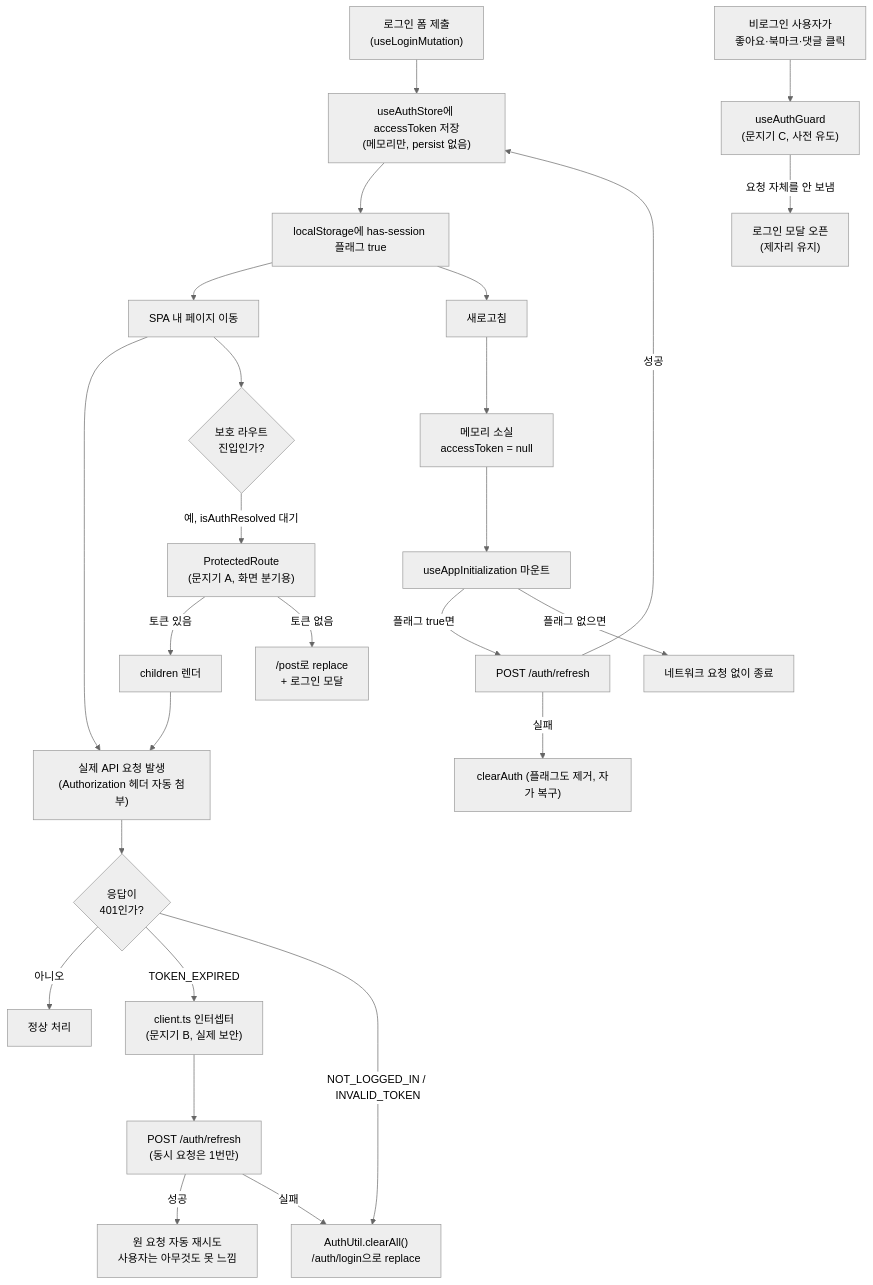
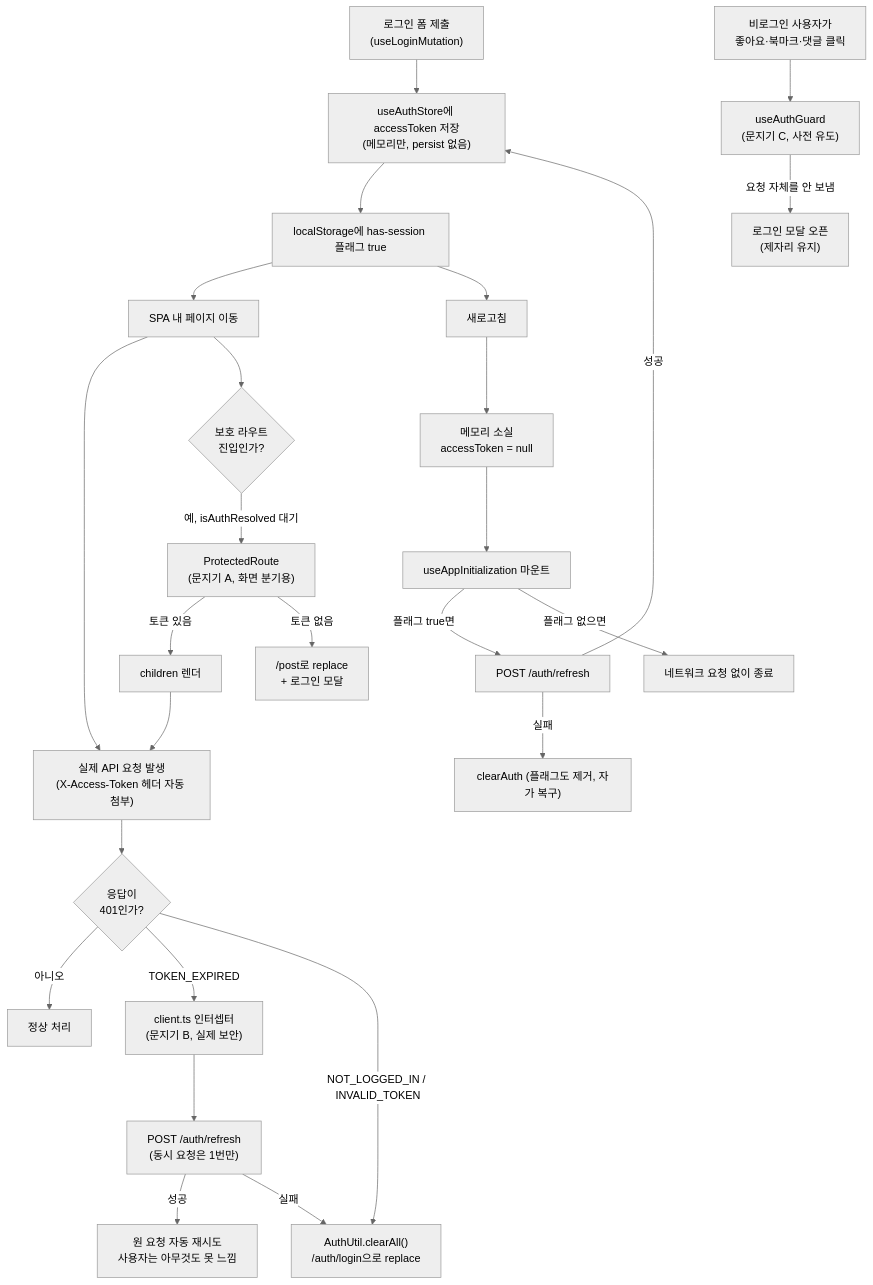
The diagram in docs/AUTH.md (BAECHAN/link-sphere_FE_NEW), drawn with Mermaid (neutral theme) before and after one commit. The commit also changed other lines of this file and 10 other files, not shown here.

````diff
--- a/docs/AUTH.md
+++ b/docs/AUTH.md
@@ -20,33 +20,33 @@
 ```mermaid
 flowchart TD
     Login["로그인 폼 제출<br/>(useLoginMutation)"] --> Store["useAuthStore에 accessToken 저장<br/>(메모리만, persist 없음)"]
     Store --> Flag["localStorage에 has-session 플래그 true"]
 
     Flag --> Nav["SPA 내 페이지 이동"]
-    Nav --> API1["실제 API 요청 발생<br/>(Authorization 헤더 자동 첨부)"]
+    Nav --> API1["실제 API 요청 발생<br/>(X-Access-Token 헤더 자동 첨부)"]
 
     Flag --> Reload["새로고침"]
     Reload --> MemGone["메모리 소실<br/>accessToken = null"]
     MemGone --> Init["useAppInitialization 마운트"]
     Init -->|"플래그 true면"| Refresh1["POST /auth/refresh"]
     Init -->|"플래그 없으면"| Skip["네트워크 요청 없이 종료"]
     Refresh1 -->|성공| Store
     Refresh1 -->|실패| ClearA["clearAuth (플래그도 제거, 자가 복구)"]
 
     Nav --> Protected{"보호 라우트<br/>진입인가?"}
     Protected -->|예, isAuthResolved 대기| Gate["ProtectedRoute<br/>(문지기 A, 화면 분기용)"]
     Gate -->|"토큰 있음"| Children["children 렌더"]
     Gate -->|"토큰 없음"| RedirectFeed["/post로 replace<br/>+ 로그인 모달"]
 
     Children --> API1
     API1 --> Check401{"응답이<br/>401인가?"}
     Check401 -->|"아니오"| Done["정상 처리"]
     Check401 -->|"TOKEN_EXPIRED"| Interceptor["client.ts 인터셉터<br/>(문지기 B, 실제 보안)"]
     Interceptor --> Refresh2["POST /auth/refresh<br/>(동시 요청은 1번만)"]
     Refresh2 -->|성공| Retry["원 요청 자동 재시도<br/>사용자는 아무것도 못 느낌"]
     Refresh2 -->|실패| ClearB["AuthUtil.clearAll()<br/>/auth/login으로 replace"]
     Check401 -->|"NOT_LOGGED_IN / INVALID_TOKEN"| ClearB
 
     Anon["비로그인 사용자가<br/>좋아요·북마크·댓글 클릭"] --> GuardC["useAuthGuard<br/>(문지기 C, 사전 유도)"]
     GuardC -->|"요청 자체를 안 보냄"| Modal["로그인 모달 오픈<br/>(제자리 유지)"]
 ```
````
